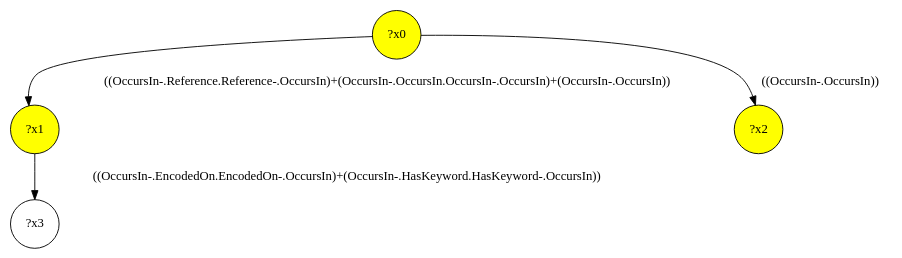
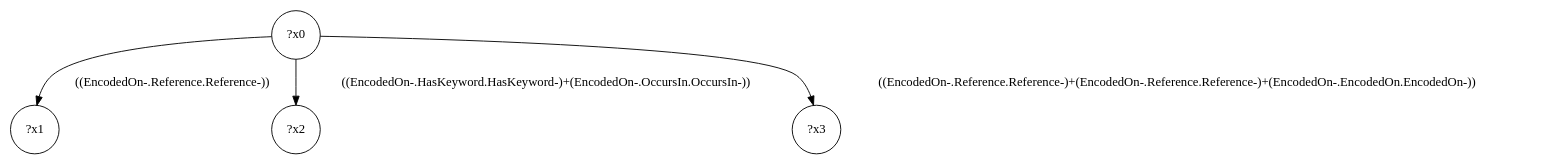
The diagram in demo/uniprot-a/uniprot-a-interface/query-46.dot (gbagan/gmark), drawn with Graphviz before and after one commit. The commit also changed 2835 other files, not shown here.

```diff
--- a/demo/uniprot-a/uniprot-a-interface/query-46.dot
+++ b/demo/uniprot-a/uniprot-a-interface/query-46.dot
@@ -1,9 +1,9 @@
 digraph g {
-	x1 [fillcolor="yellow", style="filled," shape=circle, label="?x1"];
-	x0 [fillcolor="yellow", style="filled," shape=circle, label="?x0"];
-	x2 [fillcolor="yellow", style="filled," shape=circle, label="?x2"];
-	x0 -> x1 [label="((OccursIn-.Reference.Reference-.OccursIn)+(OccursIn-.OccursIn.OccursIn-.OccursIn)+(OccursIn-.OccursIn))"];
-	x0 -> x2 [label="((OccursIn-.OccursIn))"];
+	x0 [shape=circle, label="?x0"];
+	x1 [shape=circle, label="?x1"];
+	x0 -> x1 [label="((EncodedOn-.Reference.Reference-))"];
+	x2 [shape=circle, label="?x2"];
+	x0 -> x2 [label="((EncodedOn-.HasKeyword.HasKeyword-)+(EncodedOn-.OccursIn.OccursIn-))"];
 	x3 [shape=circle, label="?x3"];
-	x1 -> x3 [label="((OccursIn-.EncodedOn.EncodedOn-.OccursIn)+(OccursIn-.HasKeyword.HasKeyword-.OccursIn))"];
+	x0 -> x3 [label="((EncodedOn-.Reference.Reference-)+(EncodedOn-.Reference.Reference-)+(EncodedOn-.EncodedOn.EncodedOn-))"];
 }
```
